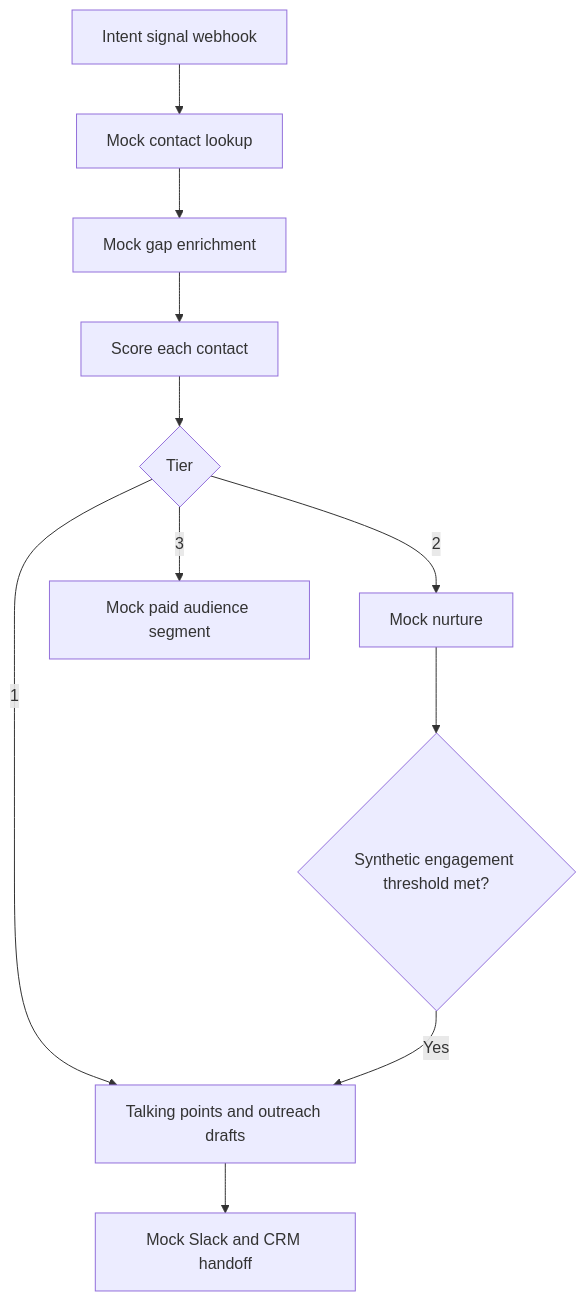
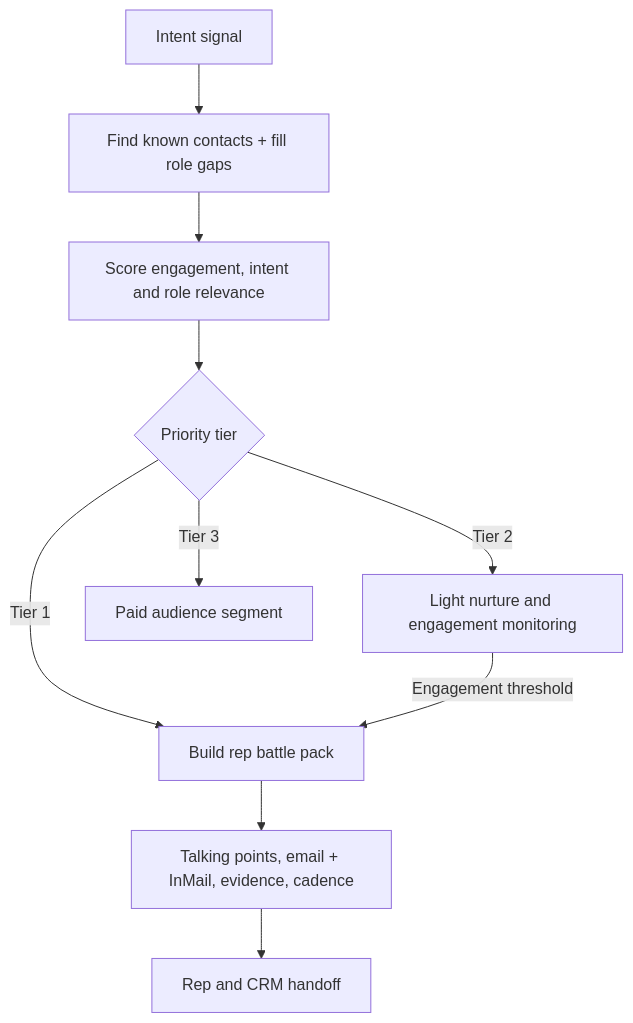
The diagram in docs/rep-empowerment.md (jtwood7/ai-growth-automation-portfolio), drawn with Mermaid before and after one commit. The commit also changed other lines of this file, not shown here.

````diff
--- a/docs/rep-empowerment.md
+++ b/docs/rep-empowerment.md
@@ -11,13 +11,12 @@
 ```mermaid
 flowchart TD
-    A[Intent signal webhook] --> B[Mock contact lookup]
-    B --> C[Mock gap enrichment]
-    C --> D[Score each contact]
-    D --> E{Tier}
-    E -->|1| F[Talking points and outreach drafts]
-    F --> G[Mock Slack and CRM handoff]
-    E -->|2| H[Mock nurture]
-    H --> I{Synthetic engagement threshold met?}
-    I -->|Yes| F
-    E -->|3| J[Mock paid audience segment]
+ A["Intent signal"] --> B["Find known contacts + fill role gaps"]
+ B --> C["Score engagement, intent and role relevance"]
+ C --> D{"Priority tier"}
+ D -->|Tier 1| E["Build rep battle pack"]
+ E --> F["Talking points, email + InMail, evidence, cadence"]
+ F --> G["Rep and CRM handoff"]
+ D -->|Tier 2| H["Light nurture and engagement monitoring"]
+ H -->|Engagement threshold| E
+ D -->|Tier 3| I["Paid audience segment"]
 ```
````
